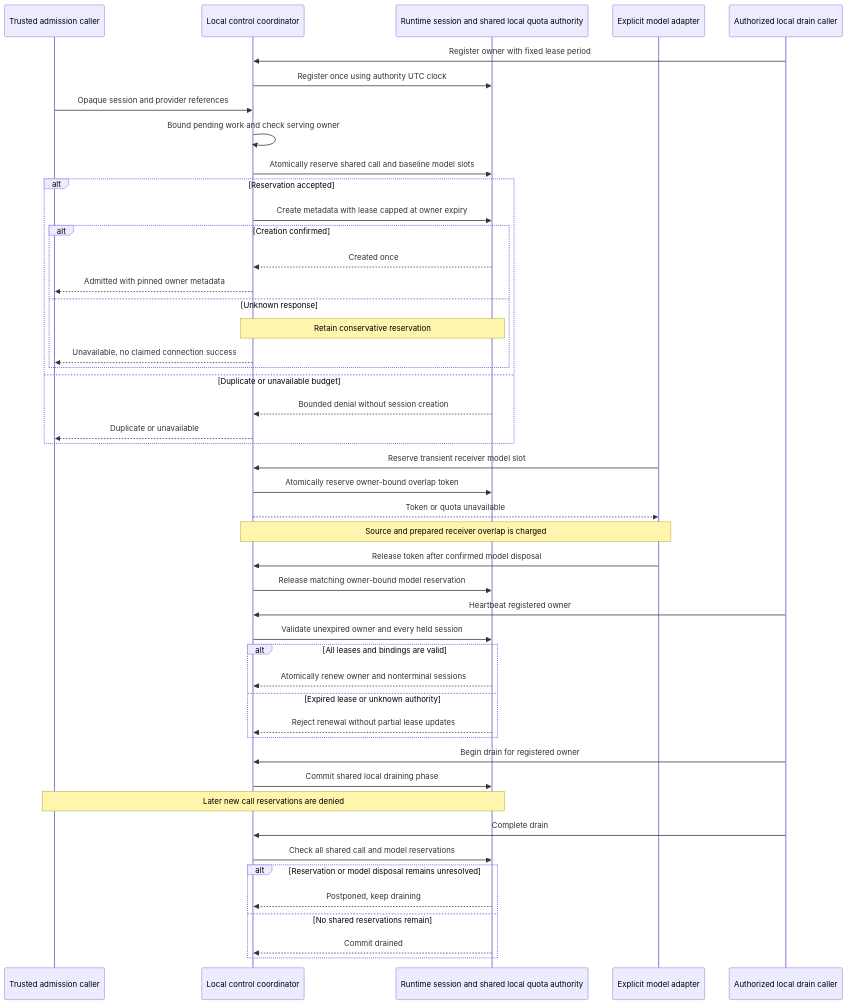
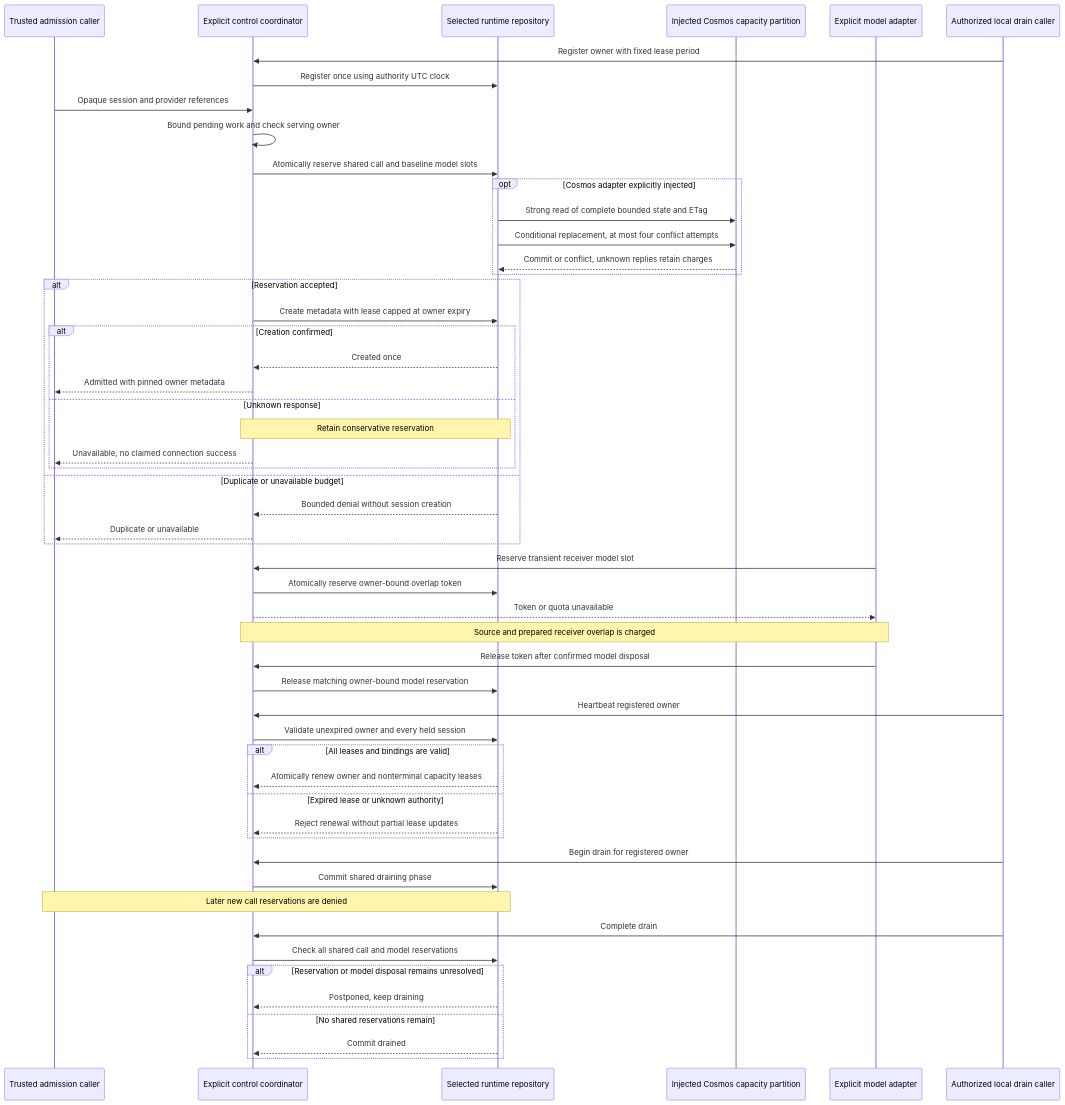
The first of 2 diagrams in code/docs/acceptance/us6.md (marvinbuss/caller-ai), drawn with Mermaid before and after one commit. The commit also changed other lines of this file and 7 other files, not shown here.

Commit message:
Add injected Cosmos capacity authority with conservative recovery

````diff
--- a/code/docs/acceptance/us6.md
+++ b/code/docs/acceptance/us6.md
@@ -268,49 +296,55 @@
 ```mermaid
 sequenceDiagram
     participant Admission as Trusted admission caller
-    participant Capacity as Local control coordinator
-    participant Store as Runtime session and shared local quota authority
+    participant Capacity as Explicit control coordinator
+    participant Store as Selected runtime repository
+    participant Authority as Injected Cosmos capacity partition
     participant Model as Explicit model adapter
     participant Operator as Authorized local drain caller
     Operator->>Capacity: Register owner with fixed lease period
     Capacity->>Store: Register once using authority UTC clock
     Admission->>Capacity: Opaque session and provider references
     Capacity->>Capacity: Bound pending work and check serving owner
     Capacity->>Store: Atomically reserve shared call and baseline model slots
+    opt Cosmos adapter explicitly injected
+        Store->>Authority: Strong read of complete bounded state and ETag
+        Store->>Authority: Conditional replacement, at most four conflict attempts
+        Authority-->>Store: Commit or conflict, unknown replies retain charges
+    end
     alt Reservation accepted
         Capacity->>Store: Create metadata with lease capped at owner expiry
         alt Creation confirmed
             Store-->>Capacity: Created once
             Capacity-->>Admission: Admitted with pinned owner metadata
         else Unknown response
             Note over Capacity,Store: Retain conservative reservation
             Capacity-->>Admission: Unavailable, no claimed connection success
         end
     else Duplicate or unavailable budget
         Store-->>Capacity: Bounded denial without session creation
         Capacity-->>Admission: Duplicate or unavailable
     end
     Model->>Capacity: Reserve transient receiver model slot
     Capacity->>Store: Atomically reserve owner-bound overlap token
     Capacity-->>Model: Token or quota unavailable
     Note over Capacity,Model: Source and prepared receiver overlap is charged
     Model->>Capacity: Release token after confirmed model disposal
     Capacity->>Store: Release matching owner-bound model reservation
     Operator->>Capacity: Heartbeat registered owner
     Capacity->>Store: Validate unexpired owner and every held session
     alt All leases and bindings are valid
-        Store-->>Capacity: Atomically renew owner and nonterminal sessions
+        Store-->>Capacity: Atomically renew owner and nonterminal capacity leases
     else Expired lease or unknown authority
         Store-->>Capacity: Reject renewal without partial lease updates
     end
     Operator->>Capacity: Begin drain for registered owner
-    Capacity->>Store: Commit shared local draining phase
+    Capacity->>Store: Commit shared draining phase
     Note over Admission,Store: Later new call reservations are denied
     Operator->>Capacity: Complete drain
     Capacity->>Store: Check all shared call and model reservations
     alt Reservation or model disposal remains unresolved
         Store-->>Capacity: Postponed, keep draining
     else No shared reservations remain
         Store-->>Capacity: Commit drained
     end
 ```
````
